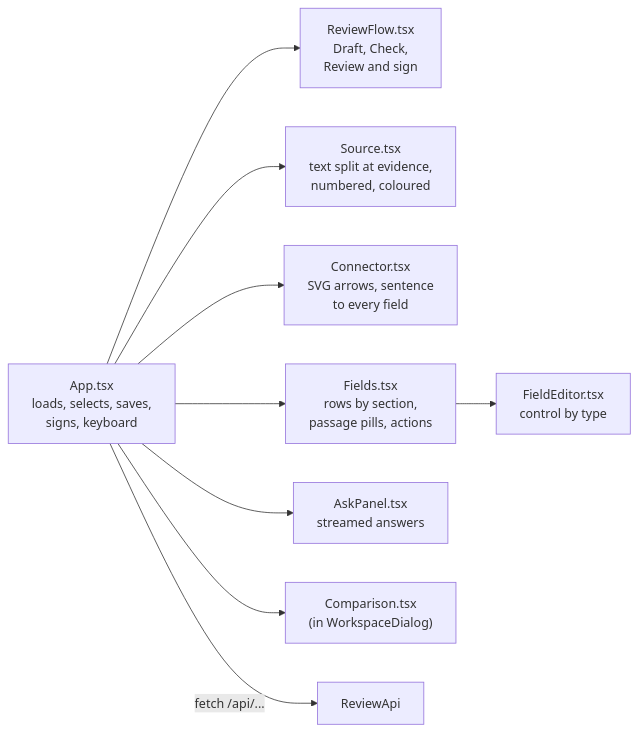
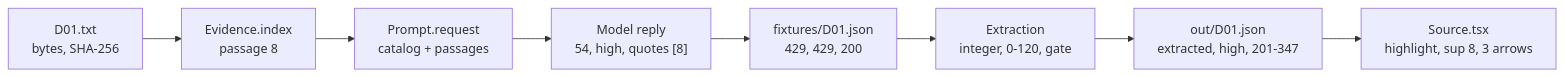
One commit to shubamchaudhary/CodeNITW changed diagram 11 of 11 in src/Data/projectsDocs/TGX-01.md. Above: the diagram before and after it, drawn with Mermaid. The commit also changed other lines of this file, not shown here.

````diff
--- a/src/Data/projectsDocs/TGX-01.md
+++ b/src/Data/projectsDocs/TGX-01.md
@@ -763,11 +1066,10 @@
 ```mermaid
 flowchart LR
-    App["App.tsx<br/>loads, selects, saves,<br/>signs, keyboard"] --> Flow["ReviewFlow.tsx<br/>Draft, Check,<br/>Review and sign"]
-    App --> Src["Source.tsx<br/>text split at evidence,<br/>numbered, coloured"]
-    App --> Con["Connector.tsx<br/>SVG arrows, sentence<br/>to every field"]
-    App --> Fld["Fields.tsx<br/>rows by section,<br/>passage pills, actions"]
-    Fld --> Ed["FieldEditor.tsx<br/>control by type"]
-    App --> Ask["AskPanel.tsx<br/>streamed answers"]
-    App --> Cmp["Comparison.tsx<br/>(in WorkspaceDialog)"]
-    App -->|"fetch /api/..."| API["ReviewApi"]
+    B["D01.txt<br/>bytes, SHA-256"] --> P["Evidence.index<br/>passage 8"]
+    P --> R["Prompt.request<br/>catalog + passages"]
+    R --> M["Model reply<br/>54, high, quotes [8]"]
+    M --> F["fixtures/D01.json<br/>429, 429, 200"]
+    F --> X["Extraction<br/>integer, 0-120, gate"]
+    X --> O["out/D01.json<br/>extracted, high, 201-347"]
+    O --> S["Source.tsx<br/>highlight, sup 8, 3 arrows"]
 ```
````
